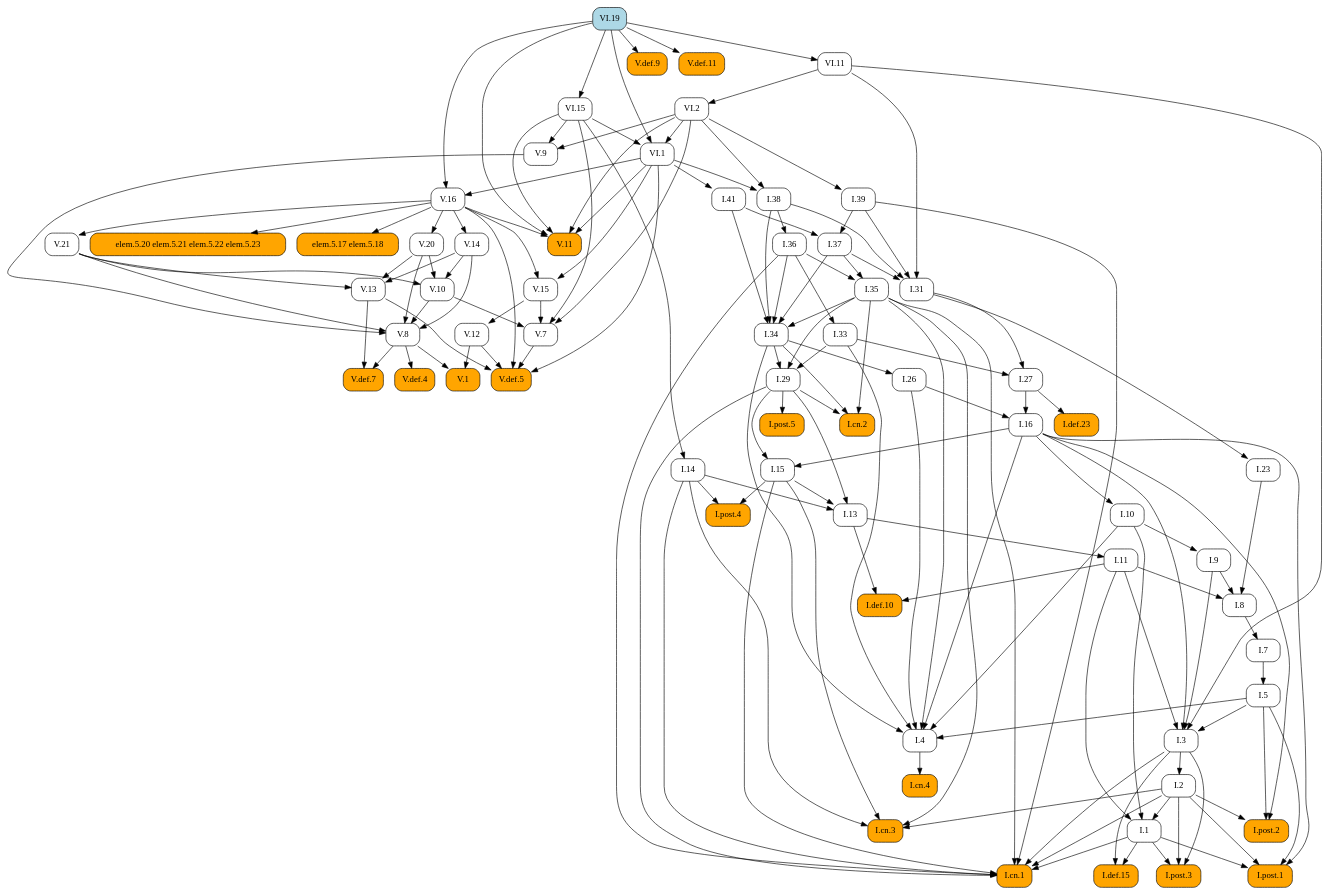
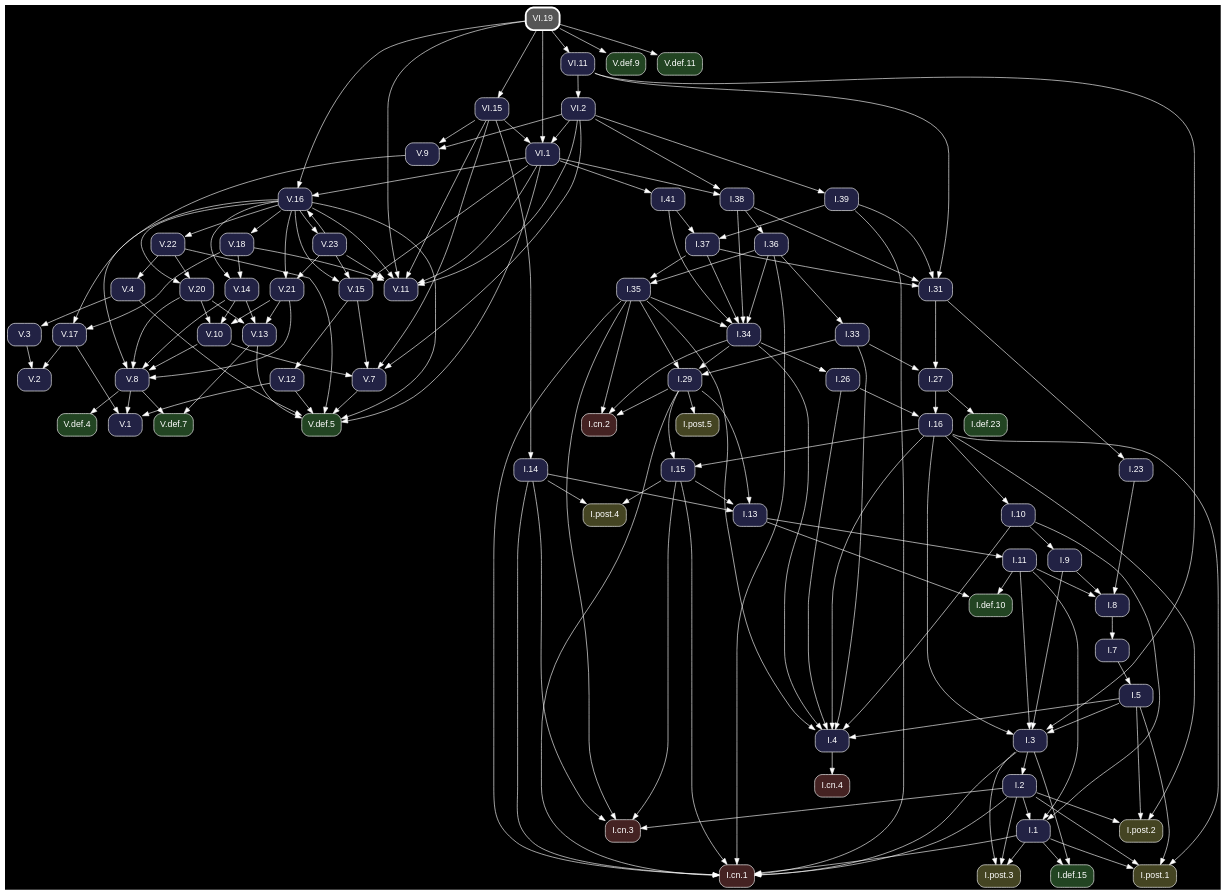
Before and after one commit to geometor/elements: the diagram in docsrc/heath/VI/19/index.rst, drawn with Graphviz. The commit also changed other lines of this file and 1200 other files, not shown here.

Commit message:
update dependency graphs

```diff
--- a/docsrc/heath/VI/19/index.rst
+++ b/docsrc/heath/VI/19/index.rst
@@ -67,139 +67,83 @@
 .. graphviz::
 
    digraph {
+     bgcolor="black";
+     node [shape=box, style="rounded,filled", fontname="Helvetica", color="white", fontcolor="white"];
+     edge [color="white", fontcolor="white"];
      rankdir="TB";
-     node [shape=box, style=rounded];
-     "V.16" [URL="/heath/V/16/", target="_top"];
-     "I.23" [URL="/heath/I/23/", target="_top"];
-     "VI.15" [URL="/heath/VI/15/", target="_top"];
-     "I.33" [URL="/heath/I/33/", target="_top"];
-     "I.9" [URL="/heath/I/9/", target="_top"];
-     "I.def.15" [style="rounded,filled", fillcolor=orange, URL="/heath/I/def.15/", target="_top"];
-     "V.13" [URL="/heath/V/13/", target="_top"];
-     "V.7" [URL="/heath/V/7/", target="_top"];
-     "elem.5.17 elem.5.18" [style="rounded,filled", fillcolor=orange];
-     "I.post.3" [style="rounded,filled", fillcolor=orange, URL="/heath/I/post.3/", target="_top"];
-     "I.post.1" [style="rounded,filled", fillcolor=orange, URL="/heath/I/post.1/", target="_top"];
-     "V.14" [URL="/heath/V/14/", target="_top"];
-     "V.def.5" [style="rounded,filled", fillcolor=orange, URL="/heath/V/def.5/", target="_top"];
-     "V.9" [URL="/heath/V/9/", target="_top"];
-     "VI.19" [style="rounded,filled", fillcolor=lightblue, URL="/heath/VI/19/", target="_top"];
-     "I.31" [URL="/heath/I/31/", target="_top"];
-     "V.10" [URL="/heath/V/10/", target="_top"];
-     "I.def.10" [style="rounded,filled", fillcolor=orange, URL="/heath/I/def.10/", target="_top"];
-     "VI.1" [URL="/heath/VI/1/", target="_top"];
-     "V.20" [URL="/heath/V/20/", target="_top"];
-     "I.27" [URL="/heath/I/27/", target="_top"];
-     "I.39" [URL="/heath/I/39/", target="_top"];
-     "I.14" [URL="/heath/I/14/", target="_top"];
-     "V.11" [style="rounded,filled", fillcolor=orange, URL="/heath/V/11/", target="_top"];
-     "V.12" [URL="/heath/V/12/", target="_top"];
-     "I.34" [URL="/heath/I/34/", target="_top"];
-     "I.3" [URL="/heath/I/3/", target="_top"];
-     "V.def.4" [style="rounded,filled", fillcolor=orange, URL="/heath/V/def.4/", target="_top"];
-     "I.35" [URL="/heath/I/35/", target="_top"];
-     "I.cn.1" [style="rounded,filled", fillcolor=orange, URL="/heath/I/cn.1/", target="_top"];
-     "V.def.7" [style="rounded,filled", fillcolor=orange, URL="/heath/V/def.7/", target="_top"];
-     "I.7" [URL="/heath/I/7/", target="_top"];
-     "V.21" [URL="/heath/V/21/", target="_top"];
-     "I.2" [URL="/heath/I/2/", target="_top"];
-     "I.36" [URL="/heath/I/36/", target="_top"];
-     "I.13" [URL="/heath/I/13/", target="_top"];
-     "I.post.4" [style="rounded,filled", fillcolor=orange, URL="/heath/I/post.4/", target="_top"];
-     "I.4" [URL="/heath/I/4/", target="_top"];
-     "I.1" [URL="/heath/I/1/", target="_top"];
-     "I.5" [URL="/heath/I/5/", target="_top"];
-     "I.37" [URL="/heath/I/37/", target="_top"];
-     "I.8" [URL="/heath/I/8/", target="_top"];
-     "I.cn.3" [style="rounded,filled", fillcolor=orange, URL="/heath/I/cn.3/", target="_top"];
-     "I.29" [URL="/heath/I/29/", target="_top"];
-     "I.16" [URL="/heath/I/16/", target="_top"];
-     "I.38" [URL="/heath/I/38/", target="_top"];
-     "V.8" [URL="/heath/V/8/", target="_top"];
-     "I.15" [URL="/heath/I/15/", target="_top"];
-     "V.1" [style="rounded,filled", fillcolor=orange, URL="/heath/V/1/", target="_top"];
-     "I.11" [URL="/heath/I/11/", target="_top"];
-     "I.def.23" [style="rounded,filled", fillcolor=orange, URL="/heath/I/def.23/", target="_top"];
-     "V.def.9" [style="rounded,filled", fillcolor=orange, URL="/heath/V/def.9/", target="_top"];
-     "I.10" [URL="/heath/I/10/", target="_top"];
-     "I.cn.2" [style="rounded,filled", fillcolor=orange, URL="/heath/I/cn.2/", target="_top"];
-     "V.def.11" [style="rounded,filled", fillcolor=orange, URL="/heath/V/def.11/", target="_top"];
-     "I.post.5" [style="rounded,filled", fillcolor=orange, URL="/heath/I/post.5/", target="_top"];
-     "VI.2" [URL="/heath/VI/2/", target="_top"];
-     "I.cn.4" [style="rounded,filled", fillcolor=orange, URL="/heath/I/cn.4/", target="_top"];
-     "V.15" [URL="/heath/V/15/", target="_top"];
-     "I.41" [URL="/heath/I/41/", target="_top"];
-     "I.post.2" [style="rounded,filled", fillcolor=orange, URL="/heath/I/post.2/", target="_top"];
-     "I.26" [URL="/heath/I/26/", target="_top"];
-     "VI.11" [URL="/heath/VI/11/", target="_top"];
-     "elem.5.20 elem.5.21 elem.5.22 elem.5.23" [style="rounded,filled", fillcolor=orange];
-     "VI.1" -> "V.16";
-     "VI.19" -> "V.16";
-     "I.31" -> "I.23";
-     "VI.19" -> "VI.15";
-     "I.36" -> "I.33";
-     "I.10" -> "I.9";
-     "I.1" -> "I.def.15";
-     "I.3" -> "I.def.15";
-     "V.14" -> "V.13";
-     "V.20" -> "V.13";
-     "V.21" -> "V.13";
-     "V.10" -> "V.7";
-     "V.15" -> "V.7";
-     "VI.2" -> "V.7";
-     "VI.15" -> "V.7";
-     "V.16" -> "elem.5.17 elem.5.18";
-     "I.1" -> "I.post.3";
-     "I.2" -> "I.post.3";
-     "I.3" -> "I.post.3";
-     "I.1" -> "I.post.1";
-     "I.2" -> "I.post.1";
-     "I.5" -> "I.post.1";
-     "I.16" -> "I.post.1";
-     "V.16" -> "V.14";
-     "V.7" -> "V.def.5";
-     "V.12" -> "V.def.5";
-     "V.13" -> "V.def.5";
-     "V.16" -> "V.def.5";
-     "VI.1" -> "V.def.5";
-     "VI.2" -> "V.9";
-     "VI.15" -> "V.9";
-     "I.37" -> "I.31";
-     "I.38" -> "I.31";
-     "I.39" -> "I.31";
-     "VI.11" -> "I.31";
-     "V.14" -> "V.10";
-     "V.20" -> "V.10";
-     "V.21" -> "V.10";
-     "I.11" -> "I.def.10";
-     "I.13" -> "I.def.10";
-     "VI.2" -> "VI.1";
-     "VI.15" -> "VI.1";
-     "VI.19" -> "VI.1";
-     "V.16" -> "V.20";
-     "I.31" -> "I.27";
-     "I.33" -> "I.27";
-     "VI.2" -> "I.39";
-     "VI.15" -> "I.14";
-     "V.16" -> "V.11";
-     "VI.1" -> "V.11";
-     "VI.2" -> "V.11";
-     "VI.15" -> "V.11";
-     "VI.19" -> "V.11";
-     "V.15" -> "V.12";
-     "I.35" -> "I.34";
-     "I.36" -> "I.34";
-     "I.37" -> "I.34";
-     "I.38" -> "I.34";
-     "I.41" -> "I.34";
-     "I.5" -> "I.3";
-     "I.9" -> "I.3";
-     "I.11" -> "I.3";
-     "I.16" -> "I.3";
-     "VI.11" -> "I.3";
-     "V.8" -> "V.def.4";
-     "I.36" -> "I.35";
-     "I.37" -> "I.35";
+     "V.15" [fillcolor="#222244", URL="/heath/V/15/", target="_top"];
+     "V.def.9" [fillcolor="#224422", URL="/heath/V/def.9/", target="_top"];
+     "I.cn.1" [fillcolor="#442222", URL="/heath/I/cn.1/", target="_top"];
+     "V.18" [fillcolor="#222244", URL="/heath/V/18/", target="_top"];
+     "V.14" [fillcolor="#222244", URL="/heath/V/14/", target="_top"];
+     "I.27" [fillcolor="#222244", URL="/heath/I/27/", target="_top"];
+     "V.23" [fillcolor="#222244", URL="/heath/V/23/", target="_top"];
+     "I.2" [fillcolor="#222244", URL="/heath/I/2/", target="_top"];
+     "I.41" [fillcolor="#222244", URL="/heath/I/41/", target="_top"];
+     "I.post.4" [fillcolor="#444422", URL="/heath/I/post.4/", target="_top"];
+     "I.26" [fillcolor="#222244", URL="/heath/I/26/", target="_top"];
+     "I.8" [fillcolor="#222244", URL="/heath/I/8/", target="_top"];
+     "V.4" [fillcolor="#222244", URL="/heath/V/4/", target="_top"];
+     "V.16" [fillcolor="#222244", URL="/heath/V/16/", target="_top"];
+     "VI.2" [fillcolor="#222244", URL="/heath/VI/2/", target="_top"];
+     "I.7" [fillcolor="#222244", URL="/heath/I/7/", target="_top"];
+     "I.5" [fillcolor="#222244", URL="/heath/I/5/", target="_top"];
+     "V.11" [fillcolor="#222244", URL="/heath/V/11/", target="_top"];
+     "V.def.4" [fillcolor="#224422", URL="/heath/V/def.4/", target="_top"];
+     "V.20" [fillcolor="#222244", URL="/heath/V/20/", target="_top"];
+     "I.11" [fillcolor="#222244", URL="/heath/I/11/", target="_top"];
+     "I.37" [fillcolor="#222244", URL="/heath/I/37/", target="_top"];
+     "I.cn.3" [fillcolor="#442222", URL="/heath/I/cn.3/", target="_top"];
+     "I.36" [fillcolor="#222244", URL="/heath/I/36/", target="_top"];
+     "I.38" [fillcolor="#222244", URL="/heath/I/38/", target="_top"];
+     "I.post.2" [fillcolor="#444422", URL="/heath/I/post.2/", target="_top"];
+     "I.def.23" [fillcolor="#224422", URL="/heath/I/def.23/", target="_top"];
+     "V.def.11" [fillcolor="#224422", URL="/heath/V/def.11/", target="_top"];
+     "I.35" [fillcolor="#222244", URL="/heath/I/35/", target="_top"];
+     "VI.19" [penwidth=3, color="white", fillcolor="#555555", URL="/heath/VI/19/", target="_top"];
+     "I.post.3" [fillcolor="#444422", URL="/heath/I/post.3/", target="_top"];
+     "V.13" [fillcolor="#222244", URL="/heath/V/13/", target="_top"];
+     "VI.11" [fillcolor="#222244", URL="/heath/VI/11/", target="_top"];
+     "V.8" [fillcolor="#222244", URL="/heath/V/8/", target="_top"];
+     "I.33" [fillcolor="#222244", URL="/heath/I/33/", target="_top"];
+     "V.10" [fillcolor="#222244", URL="/heath/V/10/", target="_top"];
+     "V.def.5" [fillcolor="#224422", URL="/heath/V/def.5/", target="_top"];
+     "VI.15" [fillcolor="#222244", URL="/heath/VI/15/", target="_top"];
+     "V.22" [fillcolor="#222244", URL="/heath/V/22/", target="_top"];
+     "I.31" [fillcolor="#222244", URL="/heath/I/31/", target="_top"];
+     "I.3" [fillcolor="#222244", URL="/heath/I/3/", target="_top"];
+     "V.12" [fillcolor="#222244", URL="/heath/V/12/", target="_top"];
+     "I.def.10" [fillcolor="#224422", URL="/heath/I/def.10/", target="_top"];
+     "I.15" [fillcolor="#222244", URL="/heath/I/15/", target="_top"];
+     "I.39" [fillcolor="#222244", URL="/heath/I/39/", target="_top"];
+     "I.13" [fillcolor="#222244", URL="/heath/I/13/", target="_top"];
+     "I.cn.2" [fillcolor="#442222", URL="/heath/I/cn.2/", target="_top"];
+     "I.9" [fillcolor="#222244", URL="/heath/I/9/", target="_top"];
+     "I.1" [fillcolor="#222244", URL="/heath/I/1/", target="_top"];
+     "I.post.5" [fillcolor="#444422", URL="/heath/I/post.5/", target="_top"];
+     "I.23" [fillcolor="#222244", URL="/heath/I/23/", target="_top"];
+     "I.4" [fillcolor="#222244", URL="/heath/I/4/", target="_top"];
+     "V.7" [fillcolor="#222244", URL="/heath/V/7/", target="_top"];
+     "V.9" [fillcolor="#222244", URL="/heath/V/9/", target="_top"];
+     "VI.1" [fillcolor="#222244", URL="/heath/VI/1/", target="_top"];
+     "I.10" [fillcolor="#222244", URL="/heath/I/10/", target="_top"];
+     "V.def.7" [fillcolor="#224422", URL="/heath/V/def.7/", target="_top"];
+     "I.post.1" [fillcolor="#444422", URL="/heath/I/post.1/", target="_top"];
+     "I.16" [fillcolor="#222244", URL="/heath/I/16/", target="_top"];
+     "I.29" [fillcolor="#222244", URL="/heath/I/29/", target="_top"];
+     "I.cn.4" [fillcolor="#442222", URL="/heath/I/cn.4/", target="_top"];
+     "I.14" [fillcolor="#222244", URL="/heath/I/14/", target="_top"];
+     "V.1" [fillcolor="#222244", URL="/heath/V/1/", target="_top"];
+     "V.2" [fillcolor="#222244", URL="/heath/V/2/", target="_top"];
+     "V.21" [fillcolor="#222244", URL="/heath/V/21/", target="_top"];
+     "I.34" [fillcolor="#222244", URL="/heath/I/34/", target="_top"];
+     "I.def.15" [fillcolor="#224422", URL="/heath/I/def.15/", target="_top"];
+     "V.3" [fillcolor="#222244", URL="/heath/V/3/", target="_top"];
+     "V.17" [fillcolor="#222244", URL="/heath/V/17/", target="_top"];
+     "V.16" -> "V.15";
+     "V.23" -> "V.15";
+     "VI.1" -> "V.15";
+     "VI.19" -> "V.def.9";
      "I.1" -> "I.cn.1";
      "I.2" -> "I.cn.1";
      "I.3" -> "I.cn.1";
@@ -209,17 +153,106 @@
      "I.35" -> "I.cn.1";
      "I.36" -> "I.cn.1";
      "I.39" -> "I.cn.1";
-     "V.8" -> "V.def.7";
-     "V.13" -> "V.def.7";
+     "V.16" -> "V.18";
+     "V.16" -> "V.14";
+     "V.18" -> "V.14";
+     "I.31" -> "I.27";
+     "I.33" -> "I.27";
+     "V.16" -> "V.23";
+     "I.3" -> "I.2";
+     "VI.1" -> "I.41";
+     "I.14" -> "I.post.4";
+     "I.15" -> "I.post.4";
+     "I.34" -> "I.26";
+     "I.9" -> "I.8";
+     "I.11" -> "I.8";
+     "I.23" -> "I.8";
+     "V.22" -> "V.4";
+     "V.23" -> "V.16";
+     "VI.1" -> "V.16";
+     "VI.19" -> "V.16";
+     "VI.11" -> "VI.2";
      "I.8" -> "I.7";
-     "V.16" -> "V.21";
-     "I.3" -> "I.2";
+     "I.7" -> "I.5";
+     "V.16" -> "V.11";
+     "V.18" -> "V.11";
+     "V.23" -> "V.11";
+     "VI.1" -> "V.11";
+     "VI.2" -> "V.11";
+     "VI.15" -> "V.11";
+     "VI.19" -> "V.11";
+     "V.8" -> "V.def.4";
+     "V.16" -> "V.20";
+     "V.22" -> "V.20";
+     "I.13" -> "I.11";
+     "I.39" -> "I.37";
+     "I.41" -> "I.37";
+     "I.2" -> "I.cn.3";
+     "I.14" -> "I.cn.3";
+     "I.15" -> "I.cn.3";
+     "I.35" -> "I.cn.3";
      "I.38" -> "I.36";
+     "VI.1" -> "I.38";
+     "VI.2" -> "I.38";
+     "I.2" -> "I.post.2";
+     "I.5" -> "I.post.2";
+     "I.16" -> "I.post.2";
+     "I.27" -> "I.def.23";
+     "VI.19" -> "V.def.11";
+     "I.36" -> "I.35";
+     "I.37" -> "I.35";
+     "I.1" -> "I.post.3";
+     "I.2" -> "I.post.3";
+     "I.3" -> "I.post.3";
+     "V.14" -> "V.13";
+     "V.20" -> "V.13";
+     "V.21" -> "V.13";
+     "VI.19" -> "VI.11";
+     "V.9" -> "V.8";
+     "V.10" -> "V.8";
+     "V.14" -> "V.8";
+     "V.20" -> "V.8";
+     "V.21" -> "V.8";
+     "I.36" -> "I.33";
+     "V.14" -> "V.10";
+     "V.20" -> "V.10";
+     "V.21" -> "V.10";
+     "V.4" -> "V.def.5";
+     "V.7" -> "V.def.5";
+     "V.12" -> "V.def.5";
+     "V.13" -> "V.def.5";
+     "V.16" -> "V.def.5";
+     "V.22" -> "V.def.5";
+     "VI.1" -> "V.def.5";
+     "VI.19" -> "VI.15";
+     "V.16" -> "V.22";
+     "I.37" -> "I.31";
+     "I.38" -> "I.31";
+     "I.39" -> "I.31";
+     "VI.11" -> "I.31";
+     "I.5" -> "I.3";
+     "I.9" -> "I.3";
+     "I.11" -> "I.3";
+     "I.16" -> "I.3";
+     "VI.11" -> "I.3";
+     "V.15" -> "V.12";
+     "I.11" -> "I.def.10";
+     "I.13" -> "I.def.10";
+     "I.16" -> "I.15";
+     "I.29" -> "I.15";
+     "VI.2" -> "I.39";
      "I.14" -> "I.13";
      "I.15" -> "I.13";
      "I.29" -> "I.13";
-     "I.14" -> "I.post.4";
-     "I.15" -> "I.post.4";
+     "I.29" -> "I.cn.2";
+     "I.34" -> "I.cn.2";
+     "I.35" -> "I.cn.2";
+     "I.10" -> "I.9";
+     "I.2" -> "I.1";
+     "I.10" -> "I.1";
+     "I.11" -> "I.1";
+     "I.29" -> "I.post.5";
+     "I.31" -> "I.23";
      "I.5" -> "I.4";
      "I.10" -> "I.4";
      "I.16" -> "I.4";
@@ -227,53 +260,44 @@
      "I.33" -> "I.4";
      "I.34" -> "I.4";
      "I.35" -> "I.4";
-     "I.2" -> "I.1";
-     "I.10" -> "I.1";
-     "I.11" -> "I.1";
-     "I.7" -> "I.5";
-     "I.39" -> "I.37";
-     "I.41" -> "I.37";
-     "I.9" -> "I.8";
-     "I.11" -> "I.8";
-     "I.23" -> "I.8";
-     "I.2" -> "I.cn.3";
-     "I.14" -> "I.cn.3";
-     "I.15" -> "I.cn.3";
-     "I.35" -> "I.cn.3";
+     "V.10" -> "V.7";
+     "V.15" -> "V.7";
+     "VI.2" -> "V.7";
+     "VI.15" -> "V.7";
+     "VI.2" -> "V.9";
+     "VI.15" -> "V.9";
+     "VI.2" -> "VI.1";
+     "VI.15" -> "VI.1";
+     "VI.19" -> "VI.1";
+     "I.16" -> "I.10";
+     "V.8" -> "V.def.7";
+     "V.13" -> "V.def.7";
+     "I.1" -> "I.post.1";
+     "I.2" -> "I.post.1";
+     "I.5" -> "I.post.1";
+     "I.16" -> "I.post.1";
+     "I.26" -> "I.16";
+     "I.27" -> "I.16";
      "I.33" -> "I.29";
      "I.34" -> "I.29";
      "I.35" -> "I.29";
-     "I.26" -> "I.16";
-     "I.27" -> "I.16";
-     "VI.1" -> "I.38";
-     "VI.2" -> "I.38";
-     "V.9" -> "V.8";
-     "V.10" -> "V.8";
-     "V.14" -> "V.8";
-     "V.20" -> "V.8";
-     "V.21" -> "V.8";
-     "I.16" -> "I.15";
-     "I.29" -> "I.15";
+     "I.4" -> "I.cn.4";
+     "VI.15" -> "I.14";
      "V.8" -> "V.1";
      "V.12" -> "V.1";
-     "I.13" -> "I.11";
-     "I.27" -> "I.def.23";
-     "VI.19" -> "V.def.9";
-     "I.16" -> "I.10";
-     "I.29" -> "I.cn.2";
-     "I.34" -> "I.cn.2";
-     "I.35" -> "I.cn.2";
-     "VI.19" -> "V.def.11";
-     "I.29" -> "I.post.5";
-     "VI.11" -> "VI.2";
-     "I.4" -> "I.cn.4";
-     "V.16" -> "V.15";
-     "VI.1" -> "V.15";
-     "VI.1" -> "I.41";
-     "I.2" -> "I.post.2";
-     "I.5" -> "I.post.2";
-     "I.16" -> "I.post.2";
-     "I.34" -> "I.26";
-     "VI.19" -> "VI.11";
-     "V.16" -> "elem.5.20 elem.5.21 elem.5.22 elem.5.23";
+     "V.17" -> "V.1";
+     "V.3" -> "V.2";
+     "V.17" -> "V.2";
+     "V.16" -> "V.21";
+     "V.23" -> "V.21";
+     "I.35" -> "I.34";
+     "I.36" -> "I.34";
+     "I.37" -> "I.34";
+     "I.38" -> "I.34";
+     "I.41" -> "I.34";
+     "I.1" -> "I.def.15";
+     "I.3" -> "I.def.15";
+     "V.4" -> "V.3";
+     "V.16" -> "V.17";
+     "V.18" -> "V.17";
    }
```
